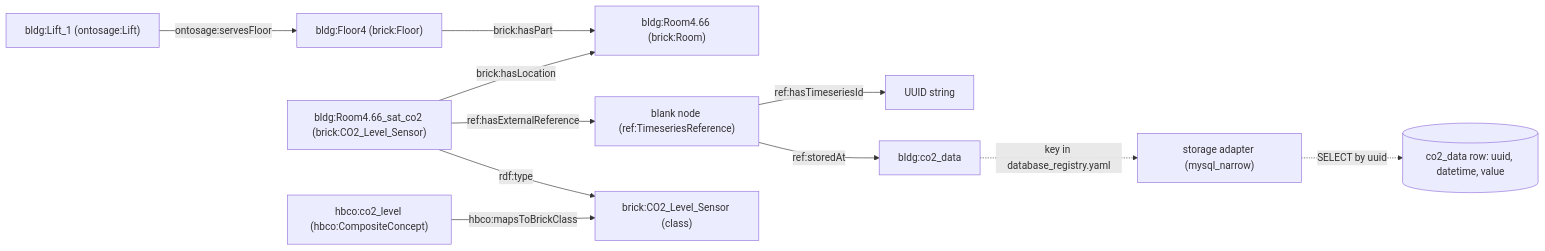
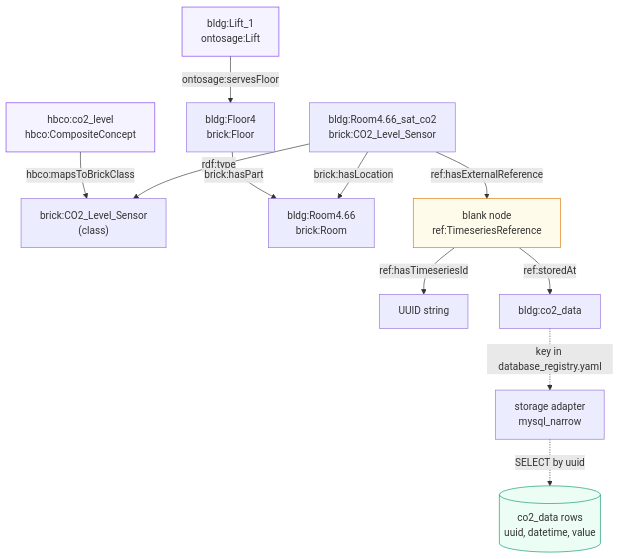
Before and after one commit to suhasdevmane/suhasdevmane.github.io: the first of 5 diagrams in _docs/ontology-relationships.md, drawn with Mermaid. The commit also changed other lines of this file and 958 other files, not shown here.

````diff
--- a/_docs/ontology-relationships.md
+++ b/_docs/ontology-relationships.md
@@ -29,13 +30,18 @@
 ```mermaid
-flowchart LR
-  F["bldg:Floor4 (brick:Floor)"] -->|"brick:hasPart"| R["bldg:Room4.66 (brick:Room)"]
-  S["bldg:Room4.66_sat_co2 (brick:CO2_Level_Sensor)"] -->|"brick:hasLocation"| R
-  S -->|"ref:hasExternalReference"| T["blank node (ref:TimeseriesReference)"]
+%% caption: From "stuffy in room 4.66" to a row. Solid arrows are triples in GraphDB; dotted arrows are configuration and the query the adapter runs.
+flowchart TB
+  C["hbco:co2_level<br/>hbco:CompositeConcept"]:::llm -->|"hbco:mapsToBrickClass"| K["brick:CO2_Level_Sensor<br/>(class)"]
+  S["bldg:Room4.66_sat_co2<br/>brick:CO2_Level_Sensor"] -->|"rdf:type"| K
+  F["bldg:Floor4<br/>brick:Floor"] -->|"brick:hasPart"| R["bldg:Room4.66<br/>brick:Room"]
+  S -->|"brick:hasLocation"| R
+  L["bldg:Lift_1<br/>ontosage:Lift"]:::llm -->|"ontosage:servesFloor"| F
+  S -->|"ref:hasExternalReference"| T["blank node<br/>ref:TimeseriesReference"]:::check
   T -->|"ref:hasTimeseriesId"| U["UUID string"]
   T -->|"ref:storedAt"| D["bldg:co2_data"]
-  D -.->|"key in database_registry.yaml"| A["storage adapter (mysql_narrow)"]
-  A -.->|"SELECT by uuid"| W[("co2_data row: uuid, datetime, value")]
-  C["hbco:co2_level (hbco:CompositeConcept)"] -->|"hbco:mapsToBrickClass"| K["brick:CO2_Level_Sensor (class)"]
-  S -->|"rdf:type"| K
-  L["bldg:Lift_1 (ontosage:Lift)"] -->|"ontosage:servesFloor"| F
+  D -.->|"key in database_registry.yaml"| A["storage adapter<br/>mysql_narrow"]
+  A -.->|"SELECT by uuid"| W[("co2_data rows<br/>uuid, datetime, value")]:::store
+
+  classDef llm fill:#f5f3ff,stroke:#7c3aed
+  classDef check fill:#fffbeb,stroke:#d97706
+  classDef store fill:#ecfdf5,stroke:#059669
 ```
````
